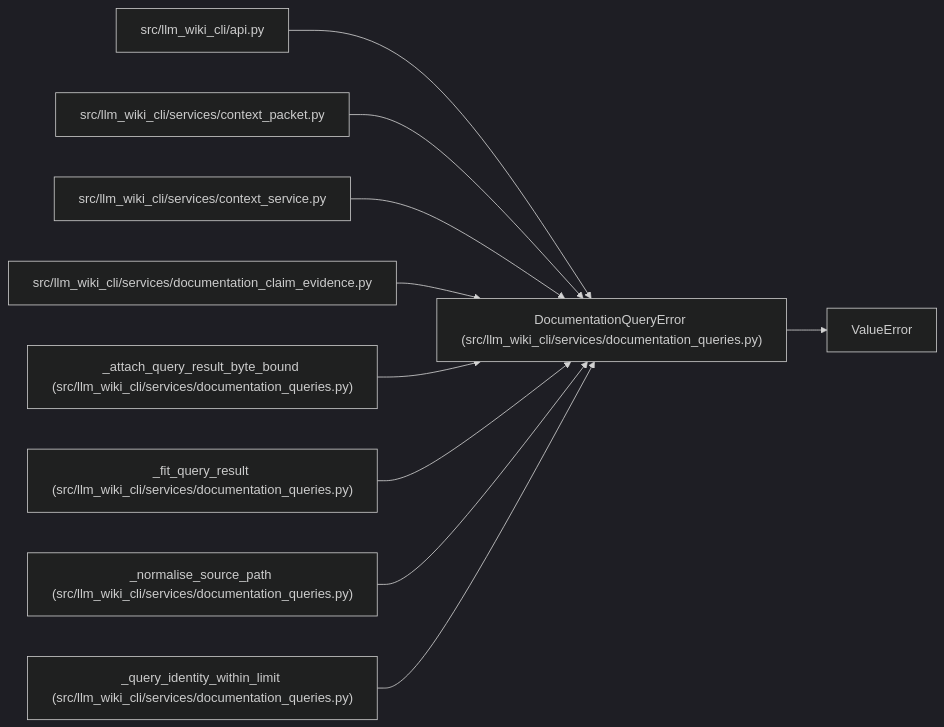
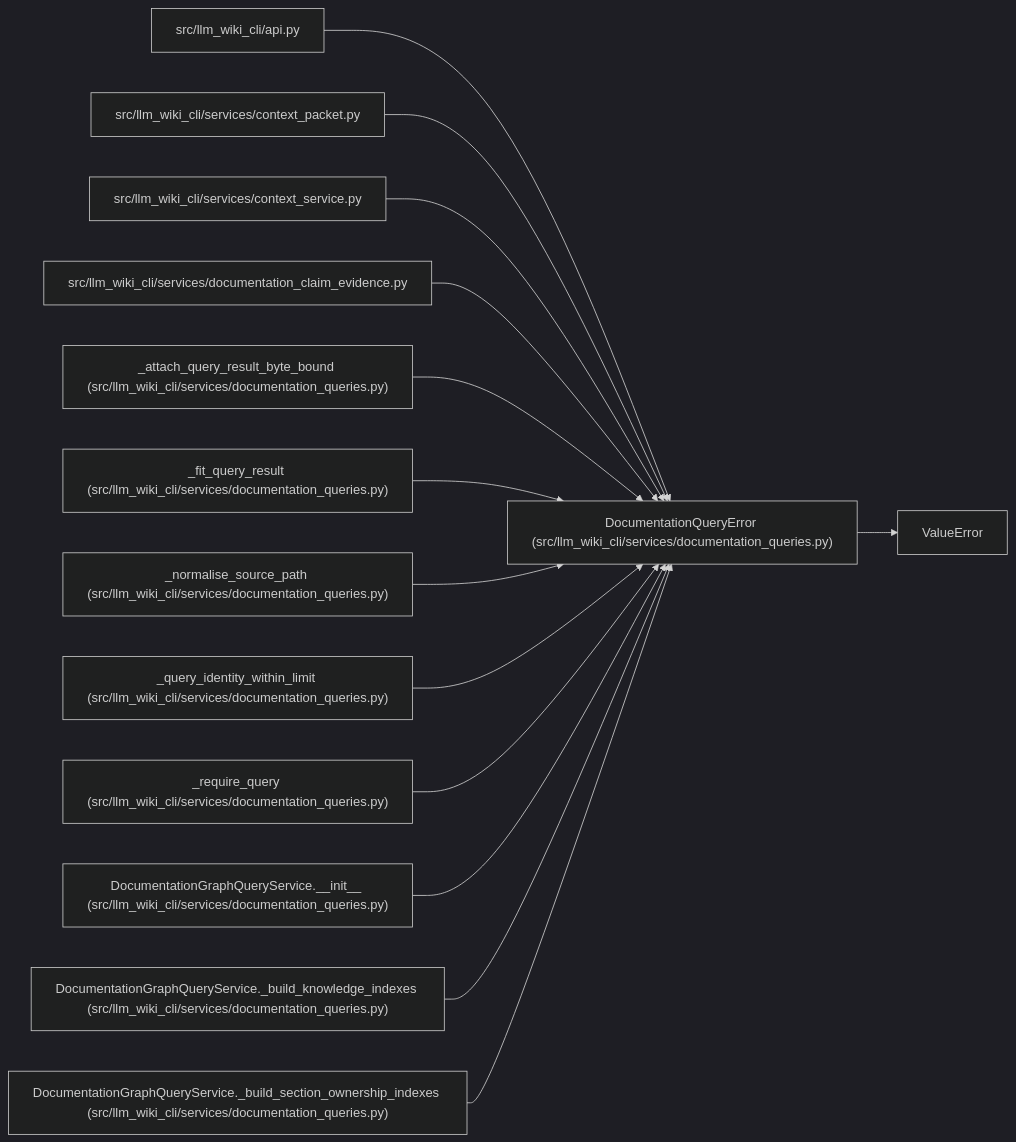
Before and after one commit to Denissvgn/python-wiki-llm: the diagram in docs/llm_wiki/entities/DocumentationQueryError.md, drawn with Mermaid (dark theme). The commit also changed other lines of this file and 493 other files, not shown here.

````diff
--- a/docs/llm_wiki/entities/DocumentationQueryError.md
+++ b/docs/llm_wiki/entities/DocumentationQueryError.md
@@ -23,31 +23,43 @@
 ```mermaid
 flowchart LR
     n0["DocumentationQueryError (src/llm_wiki_cli/services/documentation_queries.py)"]
     n1["ValueError"]
     n2["src/llm_wiki_cli/api.py"]
     n3["src/llm_wiki_cli/services/context_packet.py"]
     n4["src/llm_wiki_cli/services/context_service.py"]
     n5["src/llm_wiki_cli/services/documentation_claim_evidence.py"]
     n6["_attach_query_result_byte_bound (src/llm_wiki_cli/services/documentation_queries.py)"]
     n7["_fit_query_result (src/llm_wiki_cli/services/documentation_queries.py)"]
     n8["_normalise_source_path (src/llm_wiki_cli/services/documentation_queries.py)"]
     n9["_query_identity_within_limit (src/llm_wiki_cli/services/documentation_queries.py)"]
+    n10["_require_query (src/llm_wiki_cli/services/documentation_queries.py)"]
+    n11["DocumentationGraphQueryService.__init__ (src/llm_wiki_cli/services/documentation_queries.py)"]
+    n12["DocumentationGraphQueryService._build_knowledge_indexes (src/llm_wiki_cli/services/documentation_queries.py)"]
+    n13["DocumentationGraphQueryService._build_section_ownership_indexes (src/llm_wiki_cli/services/documentation_queries.py)"]
     n0 --> n1
     n2 --> n0
     n3 --> n0
     n4 --> n0
     n5 --> n0
     n6 --> n0
     n7 --> n0
     n8 --> n0
     n9 --> n0
+    n10 --> n0
+    n11 --> n0
+    n12 --> n0
+    n13 --> n0
     click n0 "../modules/documentation_queries.md"
     click n2 "../modules/api.md"
     click n3 "../modules/context_packet.md"
     click n4 "../modules/context_service.md"
     click n5 "../modules/documentation_claim_evidence.md"
     click n6 "../modules/documentation_queries.md"
     click n7 "../modules/documentation_queries.md"
     click n8 "../modules/documentation_queries.md"
     click n9 "../modules/documentation_queries.md"
+    click n10 "../modules/documentation_queries.md"
+    click n11 "../modules/documentation_queries.md"
+    click n12 "../modules/documentation_queries.md"
+    click n13 "../modules/documentation_queries.md"
 ```
````
